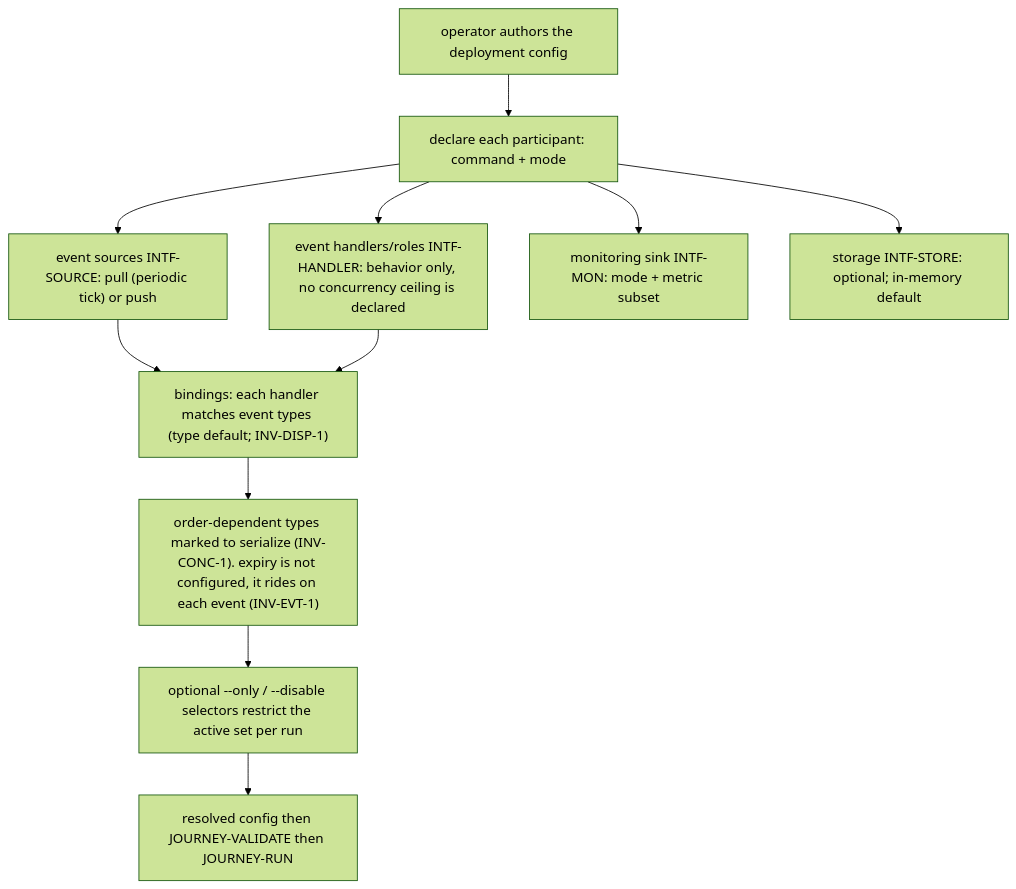
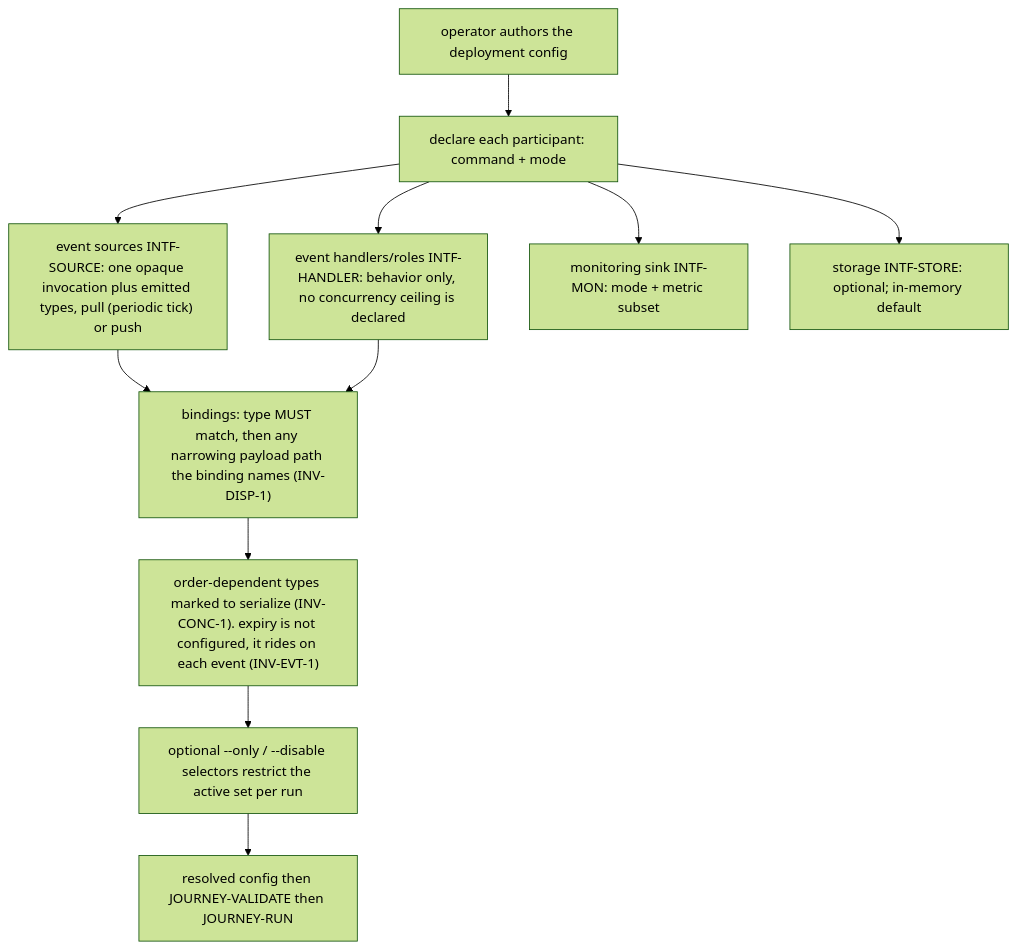
The second of 13 diagrams in packages/pr-pool/docs/behavior/journeys.md (phillipgreenii/nix-agent-support), drawn with Mermaid (forest theme) before and after one commit. The commit also changed other lines of this file and 5 other files, not shown here.

````diff
--- a/packages/pr-pool/docs/behavior/journeys.md
+++ b/packages/pr-pool/docs/behavior/journeys.md
@@ -161,13 +163,13 @@
 ```mermaid
 flowchart TD
     start["operator authors the deployment config"] --> parts["declare each participant: command + mode"]
-    parts --> src["event sources INTF-SOURCE: pull (periodic tick) or push"]
+    parts --> src["event sources INTF-SOURCE: one opaque invocation plus emitted types, pull (periodic tick) or push"]
     parts --> hdl["event handlers/roles INTF-HANDLER: behavior only, no concurrency ceiling is declared"]
     parts --> mon["monitoring sink INTF-MON: mode + metric subset"]
     parts --> sto["storage INTF-STORE: optional; in-memory default"]
-    src --> bind["bindings: each handler matches event types (type default; INV-DISP-1)"]
+    src --> bind["bindings: type MUST match, then any narrowing payload path the binding names (INV-DISP-1)"]
     hdl --> bind
     bind --> ser["order-dependent types marked to serialize (INV-CONC-1). expiry is not configured, it rides on each event (INV-EVT-1)"]
     ser --> sel["optional --only / --disable selectors restrict the active set per run"]
     sel --> out["resolved config then JOURNEY-VALIDATE then JOURNEY-RUN"]
 ```
````
